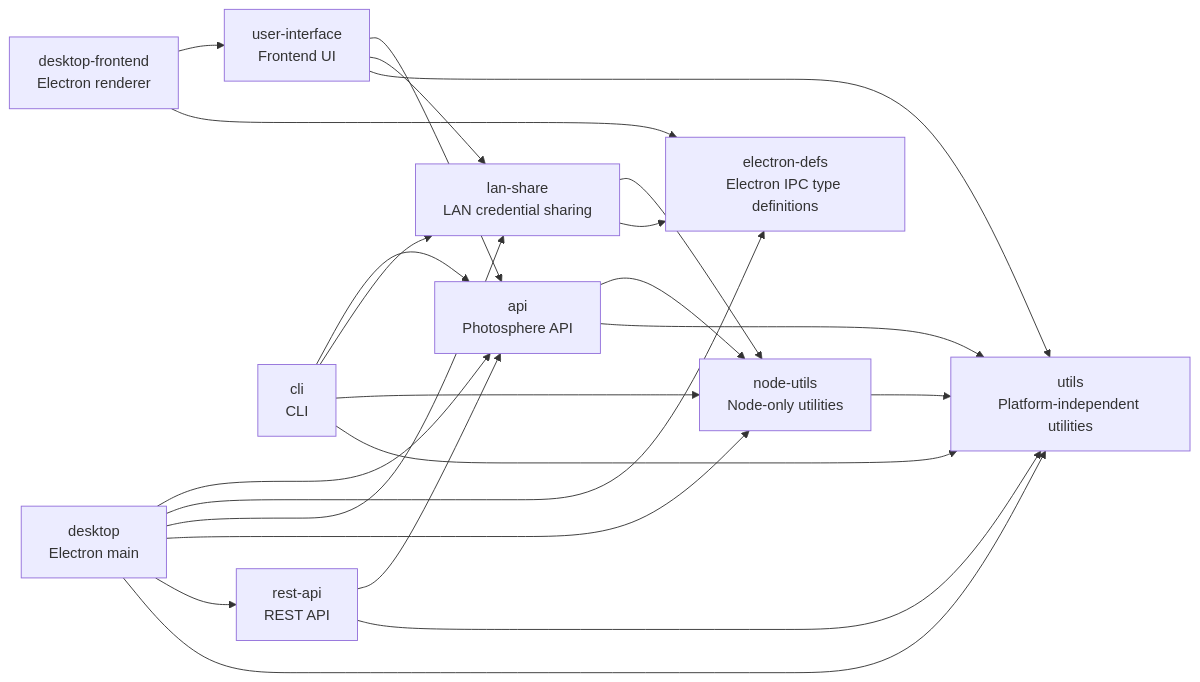
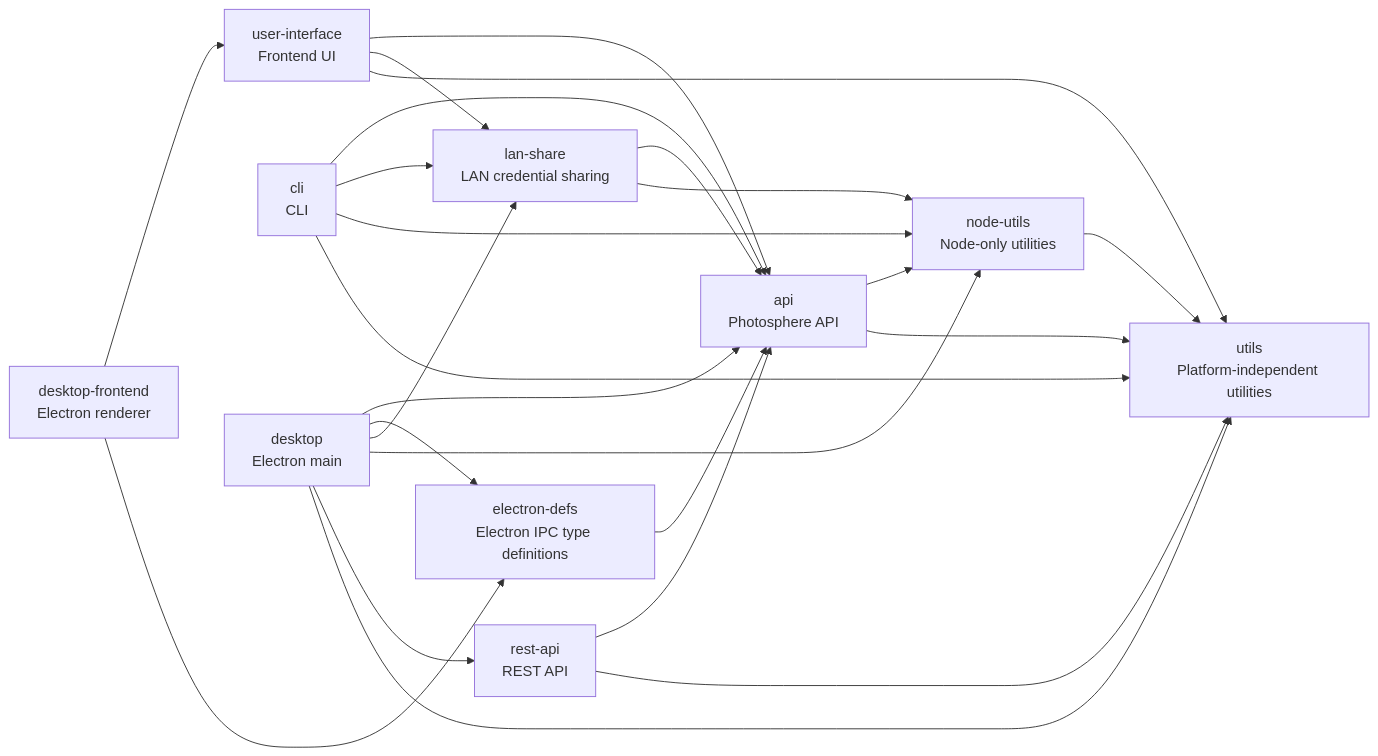
The diagram in docs/dependencies.md (ashleydavis/photosphere), drawn with Mermaid before and after one commit. The commit also changed 14 other files, not shown here.

````diff
--- a/docs/dependencies.md
+++ b/docs/dependencies.md
@@ -3,22 +3,23 @@
 ```mermaid
 flowchart LR
     utils["utils<br/>Platform-independent utilities"]
     edefs["electron-defs<br/>Electron IPC type definitions"]
     nodeutils["node-utils<br/>Node-only utilities"]
     lanshare["lan-share<br/>LAN credential sharing"]
     api["api<br/>Photosphere API"]
     restapi["rest-api<br/>REST API"]
     ui["user-interface<br/>Frontend UI"]
     cli["cli<br/>CLI"]
     desktop["desktop<br/>Electron main"]
     desktopfe["desktop-frontend<br/>Electron renderer"]
 
     nodeutils --> utils
-    lanshare --> nodeutils & edefs
+    lanshare --> api & nodeutils
     api --> nodeutils & utils
+    edefs --> api
     restapi --> api & utils
     ui --> api & lanshare & utils
     cli --> api & lanshare & nodeutils & utils
     desktop --> api & edefs & lanshare & nodeutils & restapi & utils
     desktopfe --> ui & edefs
 ```
````
